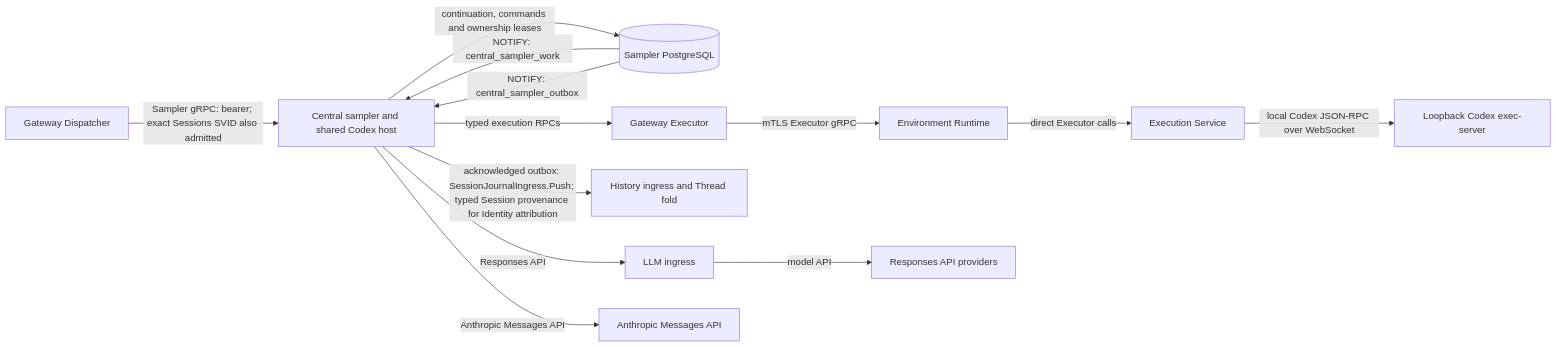
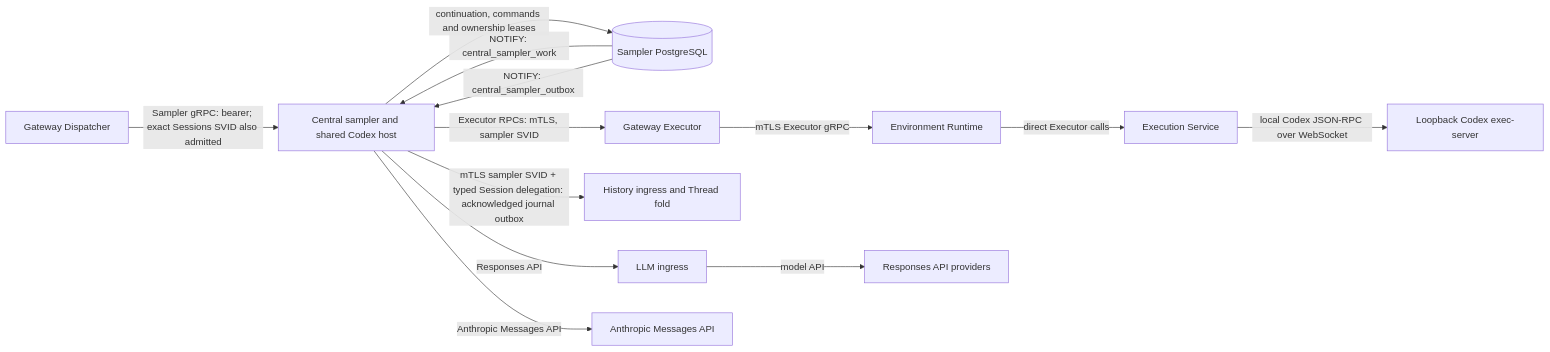
The fourth of 18 diagrams in agentplane/docs/system_overview.md (agentydragon/ducktape), drawn with Mermaid before and after one commit. The commit also changed other lines of this file and 4 other files, not shown here.

Commit message:
Use the sampler SVID for Executor and History calls

````diff
--- a/agentplane/docs/system_overview.md
+++ b/agentplane/docs/system_overview.md
@@ -356,25 +356,25 @@
 ```mermaid
 flowchart LR
     dispatcher[Gateway Dispatcher]
     sampler[Central sampler and shared Codex host]
     db[(Sampler PostgreSQL)]
     gateway[Gateway Executor]
     runtime[Environment Runtime]
     execution[Execution Service]
     executor[Loopback Codex exec-server]
     history[History ingress and Thread fold]
     llm[LLM ingress]
     responses[Responses API providers]
     anthropic[Anthropic Messages API]
     dispatcher -->|Sampler gRPC: bearer; exact Sessions SVID also admitted| sampler
     sampler -->|continuation, commands and ownership leases| db
     db -->|NOTIFY: central_sampler_work| sampler
     db -->|NOTIFY: central_sampler_outbox| sampler
-    sampler -->|typed execution RPCs| gateway
+    sampler -->|Executor RPCs: mTLS, sampler SVID| gateway
     gateway -->|mTLS Executor gRPC| runtime
     runtime -->|direct Executor calls| execution
     execution -->|local Codex JSON-RPC over WebSocket| executor
-    sampler -->|acknowledged outbox: SessionJournalIngress.Push; typed Session provenance for Identity attribution| history
+    sampler -->|mTLS sampler SVID + typed Session delegation: acknowledged journal outbox| history
     sampler -->|Responses API| llm -->|model API| responses
     sampler -->|Anthropic Messages API| anthropic
 ```
````
